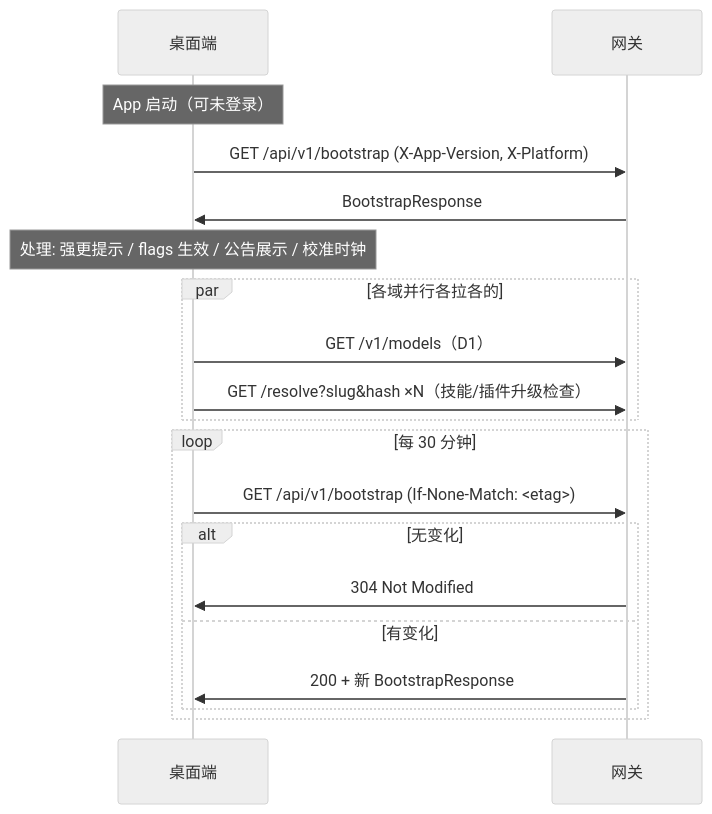
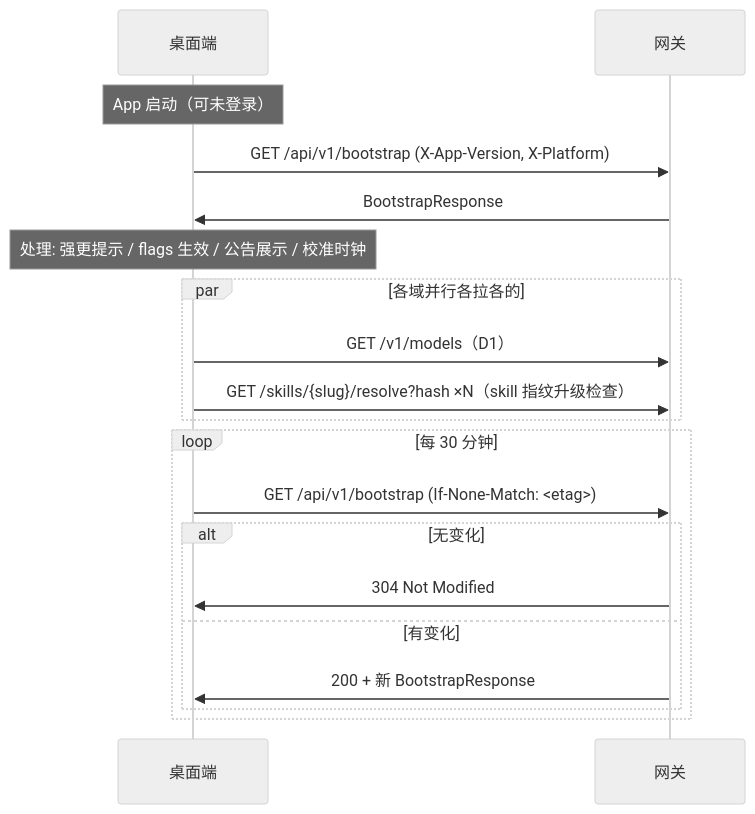
The diagram in docs/flows/bootstrap.md (pysinsjz/vulture-gateway), drawn with Mermaid (neutral theme) before and after one commit. The commit also changed other lines of this file and 8 other files, not shown here.

````diff
--- a/docs/flows/bootstrap.md
+++ b/docs/flows/bootstrap.md
@@ -11,22 +11,22 @@
 ```mermaid
 sequenceDiagram
     participant D as 桌面端
     participant G as 网关
 
     Note over D: App 启动（可未登录）
     D->>G: GET /api/v1/bootstrap (X-App-Version, X-Platform)
     G->>D: BootstrapResponse
     Note over D: 处理: 强更提示 / flags 生效 / 公告展示 / 校准时钟
     par 各域并行各拉各的
         D->>G: GET /v1/models（D1）
-        D->>G: GET /resolve?slug&hash ×N（技能/插件升级检查）
+        D->>G: GET /skills/{slug}/resolve?hash ×N（skill 指纹升级检查）
     end
     loop 每 30 分钟
         D->>G: GET /api/v1/bootstrap (If-None-Match: <etag>)
         alt 无变化
             G->>D: 304 Not Modified
         else 有变化
             G->>D: 200 + 新 BootstrapResponse
         end
     end
 ```
````
